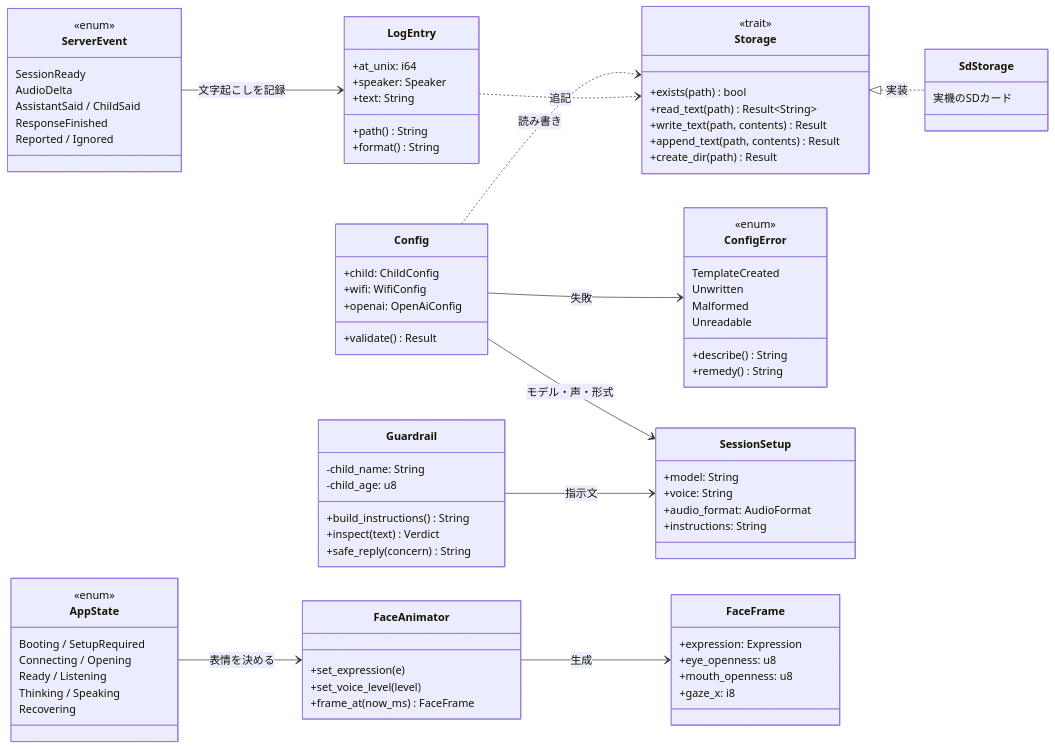
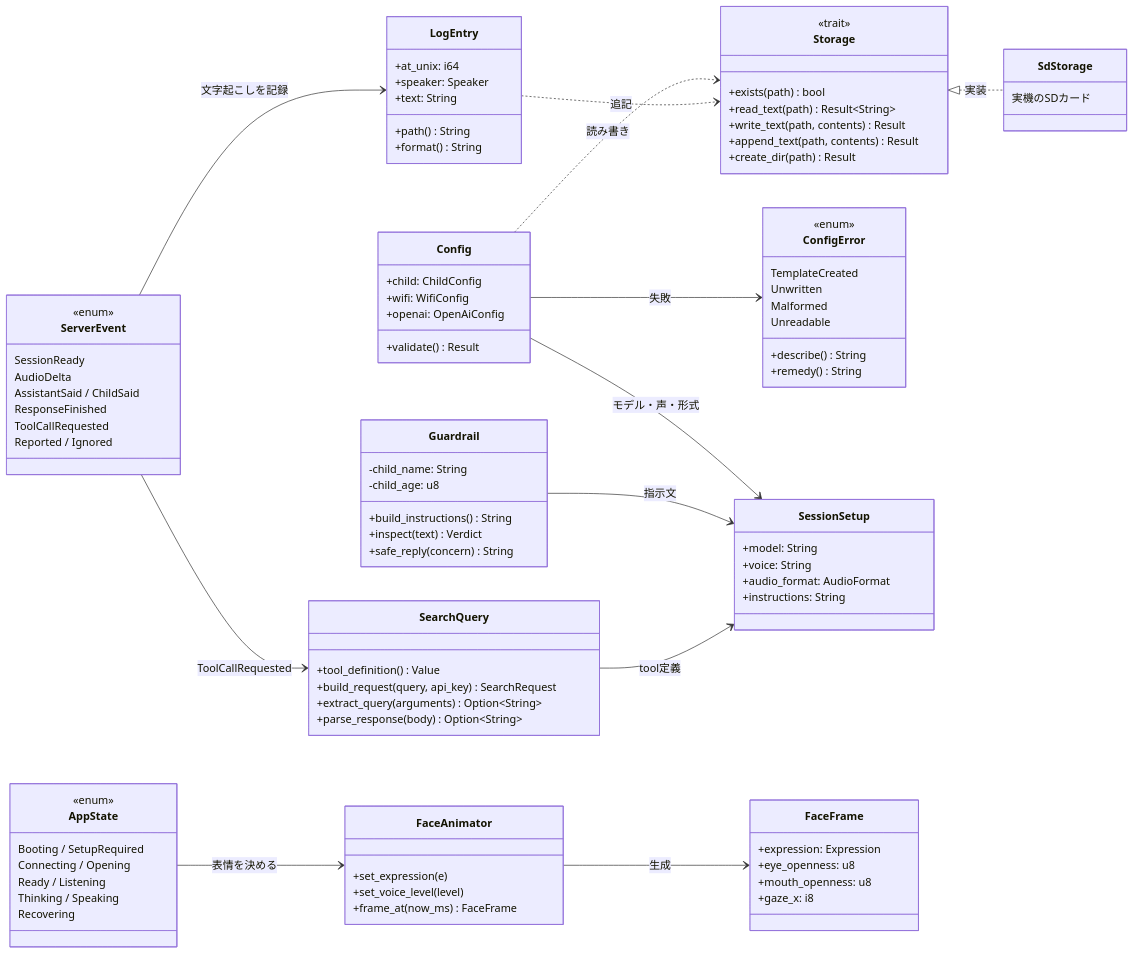
The second of 2 diagrams in docs/design/architecture.md (kibou-vision/m5a), drawn with Mermaid before and after one commit. The commit also changed other lines of this file and 15 other files, not shown here.

```diff
--- a/docs/design/architecture.md
+++ b/docs/design/architecture.md
@@ -89,7 +89,15 @@
     AudioDelta
     AssistantSaid / ChildSaid
     ResponseFinished
+    ToolCallRequested
     Reported / Ignored
+  }
+
+  class SearchQuery {
+    +tool_definition() Value
+    +build_request(query, api_key) SearchRequest
+    +extract_query(arguments) Option~String~
+    +parse_response(body) Option~String~
   }
 
   class FaceAnimator {
@@ -122,6 +130,8 @@
   Config --> ConfigError : 失敗
   Config --> SessionSetup : モデル・声・形式
   Guardrail --> SessionSetup : 指示文
+  SearchQuery --> SessionSetup : tool定義
+  ServerEvent --> SearchQuery : ToolCallRequested
   AppState --> FaceAnimator : 表情を決める
   FaceAnimator --> FaceFrame : 生成
   ServerEvent --> LogEntry : 文字起こしを記録
```
